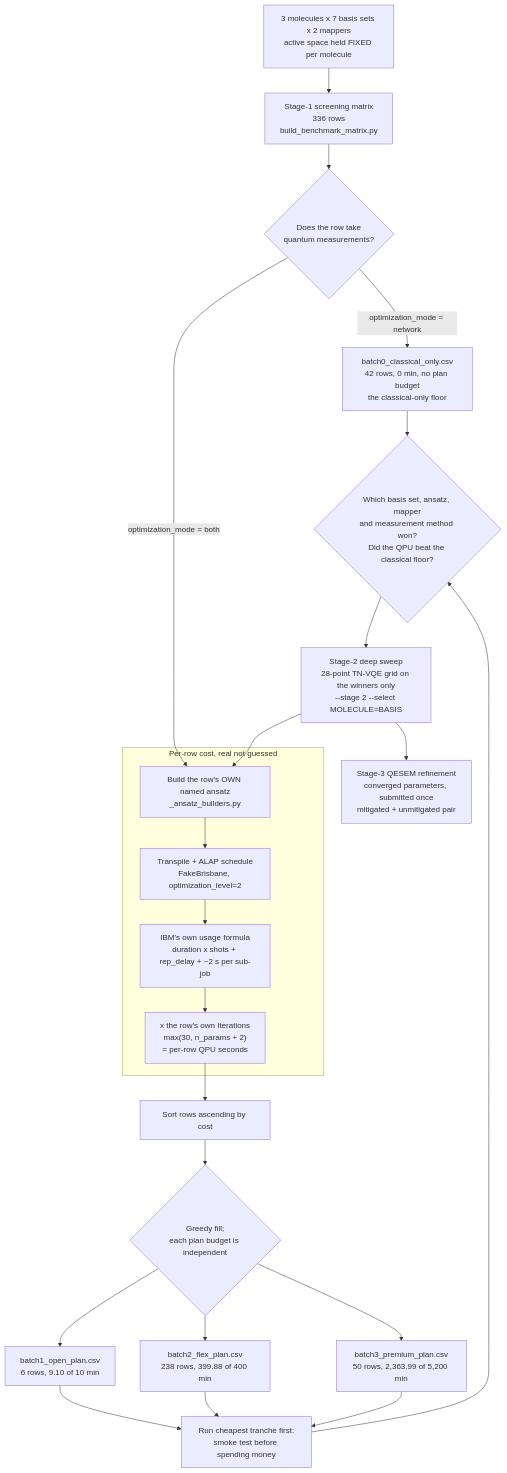
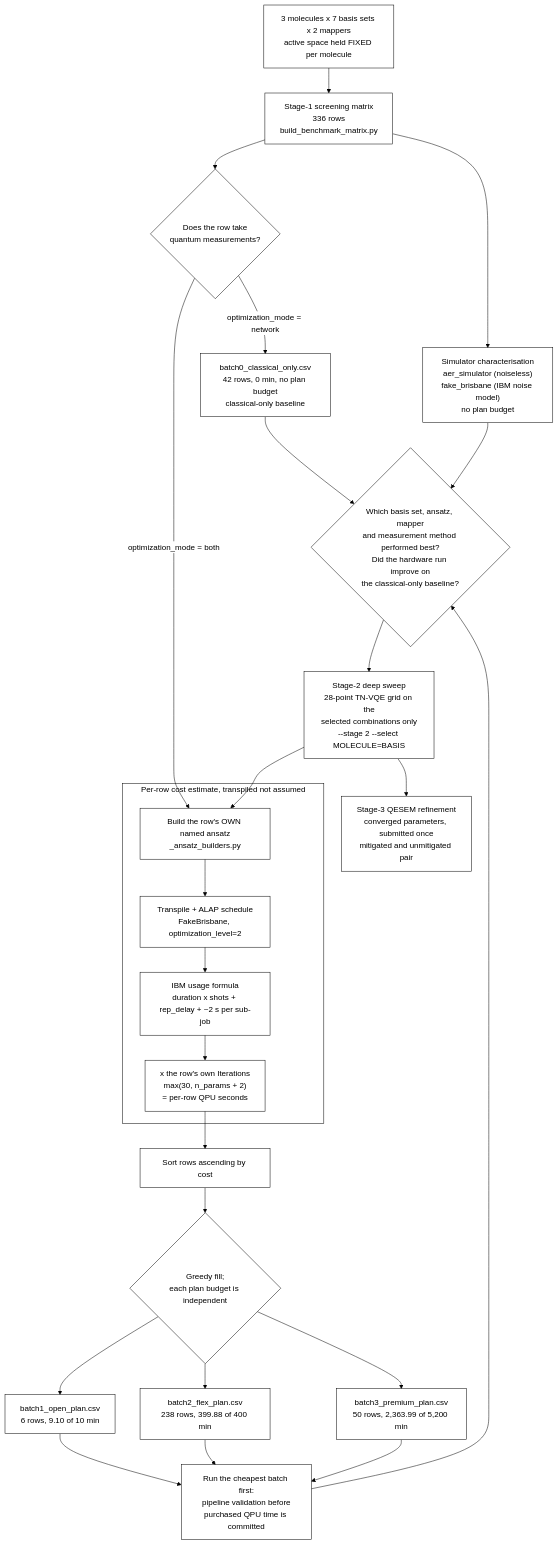
The diagram in data/benchmarks/ibm_tn-vqe_qesem/README.md (MQSdk/qpubench), drawn with Mermaid before and after one commit. The commit also changed other lines of this file, not shown here.

````diff
--- a/data/benchmarks/ibm_tn-vqe_qesem/README.md
+++ b/data/benchmarks/ibm_tn-vqe_qesem/README.md
@@ -164,31 +251,38 @@
 ```mermaid
+%%{init: {"theme": "base", "themeVariables": {"background": "#ffffff", "primaryColor": "#ffffff", "primaryBorderColor": "#000000", "primaryTextColor": "#000000", "lineColor": "#000000", "secondaryColor": "#ffffff", "tertiaryColor": "#ffffff", "clusterBkg": "#ffffff", "clusterBorder": "#000000", "edgeLabelBackground": "#ffffff", "fontFamily": "monospace"}}}%%
 flowchart TD
     A["3 molecules x 7 basis sets x 2 mappers<br/>active space held FIXED per molecule"]
     A --> B["Stage-1 screening matrix<br/>336 rows<br/>build_benchmark_matrix.py"]
 
+    B --> S["Simulator characterisation<br/>aer_simulator (noiseless)<br/>fake_brisbane (IBM noise model)<br/>no plan budget"]
+
     B --> Z{"Does the row take<br/>quantum measurements?"}
-    Z -->|"optimization_mode = network"| Y["batch0_classical_only.csv<br/>42 rows, 0 min, no plan budget<br/>the classical-only floor"]
+    Z -->|"optimization_mode = network"| Y["batch0_classical_only.csv<br/>42 rows, 0 min, no plan budget<br/>classical-only baseline"]
 
-    subgraph estimate["Per-row cost, real not guessed"]
+    subgraph estimate["Per-row cost estimate, transpiled not assumed"]
         C["Build the row's OWN named ansatz<br/>_ansatz_builders.py"]
         C --> D["Transpile + ALAP schedule<br/>FakeBrisbane, optimization_level=2"]
-        D --> E["IBM's own usage formula<br/>duration x shots + rep_delay + ~2 s per sub-job"]
+        D --> E["IBM usage formula<br/>duration x shots + rep_delay + ~2 s per sub-job"]
         E --> F["x the row's own Iterations<br/>max(30, n_params + 2)<br/>= per-row QPU seconds"]
     end
 
     Z -->|"optimization_mode = both"| C
     F --> G["Sort rows ascending by cost"]
     G --> H{"Greedy fill;<br/>each plan budget is independent"}
     H --> I["batch1_open_plan.csv<br/>6 rows, 9.10 of 10 min"]
     H --> J["batch2_flex_plan.csv<br/>238 rows, 399.88 of 400 min"]
     H --> K["batch3_premium_plan.csv<br/>50 rows, 2,363.99 of 5,200 min"]
 
-    I --> M["Run cheapest tranche first:<br/>smoke test before spending money"]
+    I --> M["Run the cheapest batch first:<br/>pipeline validation before<br/>purchased QPU time is committed"]
     J --> M
     K --> M
     Y --> N
-    M --> N{"Which basis set, ansatz, mapper<br/>and measurement method won?<br/>Did the QPU beat the classical floor?"}
-    N --> O["Stage-2 deep sweep<br/>28-point TN-VQE grid on the winners only<br/>--stage 2 --select MOLECULE=BASIS"]
+    S --> N
+    M --> N{"Which basis set, ansatz, mapper<br/>and measurement method performed best?<br/>Did the hardware run improve on<br/>the classical-only baseline?"}
+    N --> O["Stage-2 deep sweep<br/>28-point TN-VQE grid on the<br/>selected combinations only<br/>--stage 2 --select MOLECULE=BASIS"]
     O --> C
-    O --> P["Stage-3 QESEM refinement<br/>converged parameters, submitted once<br/>mitigated + unmitigated pair"]
+    O --> P["Stage-3 QESEM refinement<br/>converged parameters, submitted once<br/>mitigated and unmitigated pair"]
+
+    classDef bw fill:#ffffff,stroke:#000000,stroke-width:1px,color:#000000
+    class A,B,C,D,E,F,G,H,I,J,K,M,N,O,P,S,Y,Z bw
 ```
````
